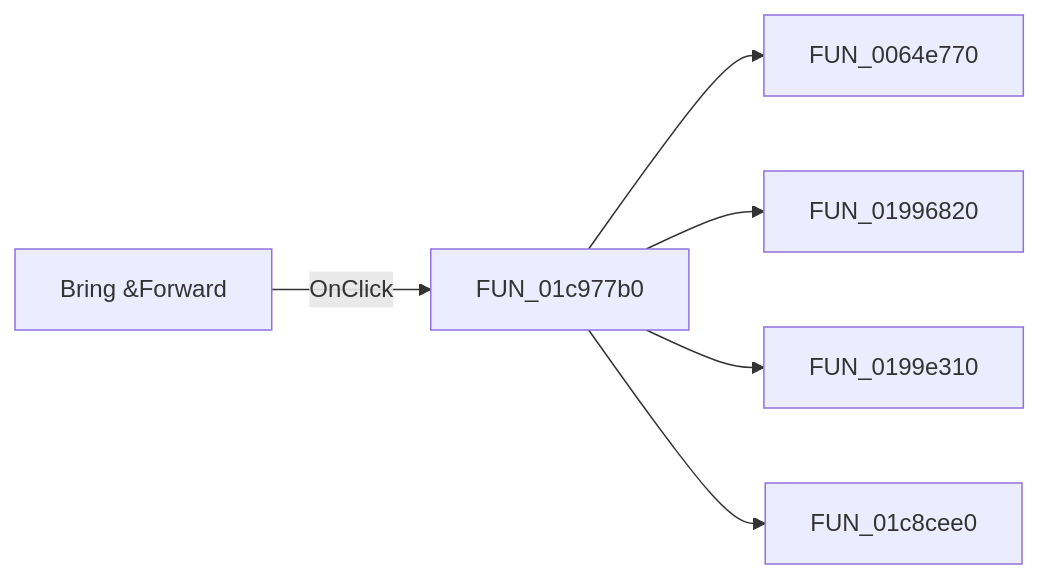
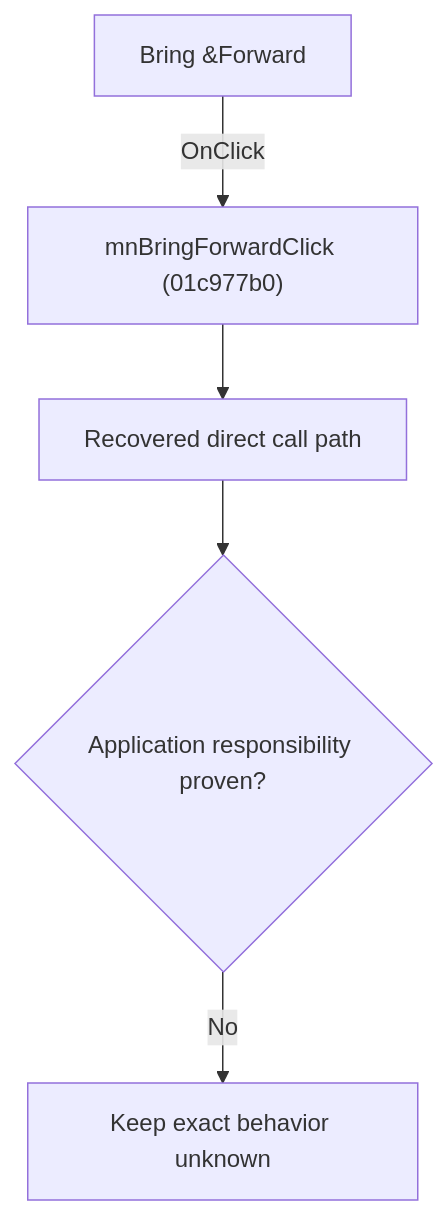
Before and after one commit to MovGP0/TIARA: the diagram in docs/ui-controls/schematiceditor/mnbringforward-4780adeaf1.md, drawn with Mermaid. The commit also changed other lines of this file and 1062 other files, not shown here.

````diff
--- a/docs/ui-controls/schematiceditor/mnbringforward-4780adeaf1.md
+++ b/docs/ui-controls/schematiceditor/mnbringforward-4780adeaf1.md
@@ -27,8 +27,7 @@
 ```mermaid
-flowchart LR
-    control["Bring &Forward"] -->|OnClick| handler["FUN_01c977b0"]
-    handler --> call1["FUN_0064e770"]
-    handler --> call2["FUN_01996820"]
-    handler --> call3["FUN_0199e310"]
-    handler --> call4["FUN_01c8cee0"]
+flowchart TD
+    control["Bring &Forward"] -->|"OnClick"| handler["mnBringForwardClick (01c977b0)"]
+    handler --> recovered["Recovered direct call path"]
+    recovered --> gap{"Application responsibility proven?"}
+    gap -->|"No"| blocked["Keep exact behavior unknown"]
 ```
````
